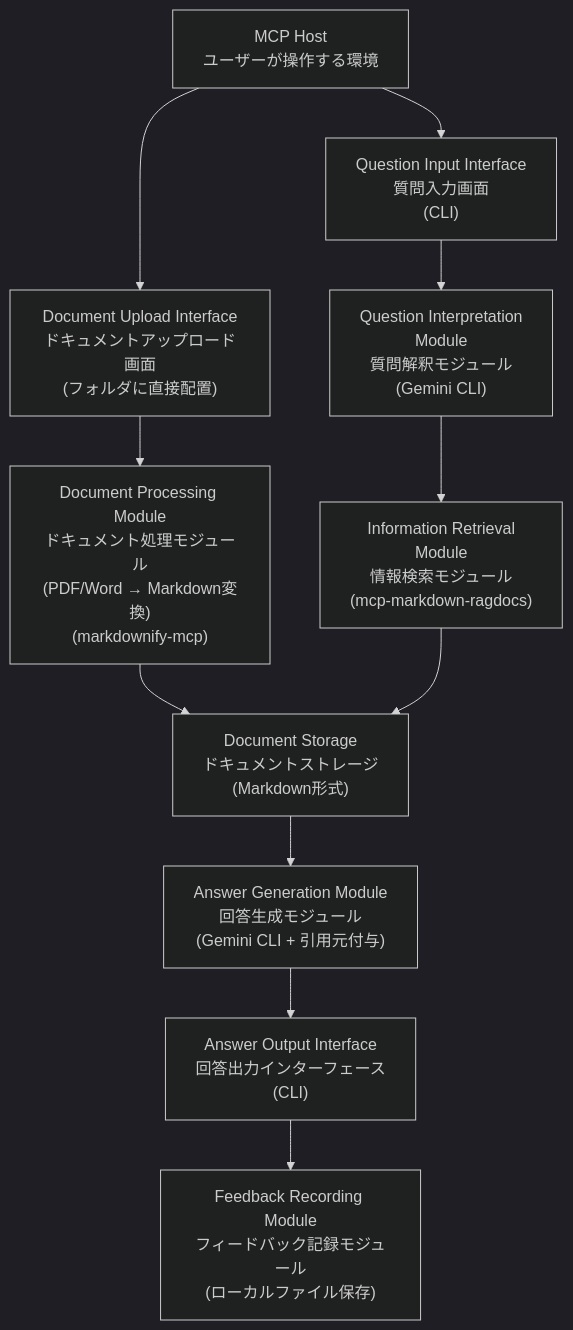
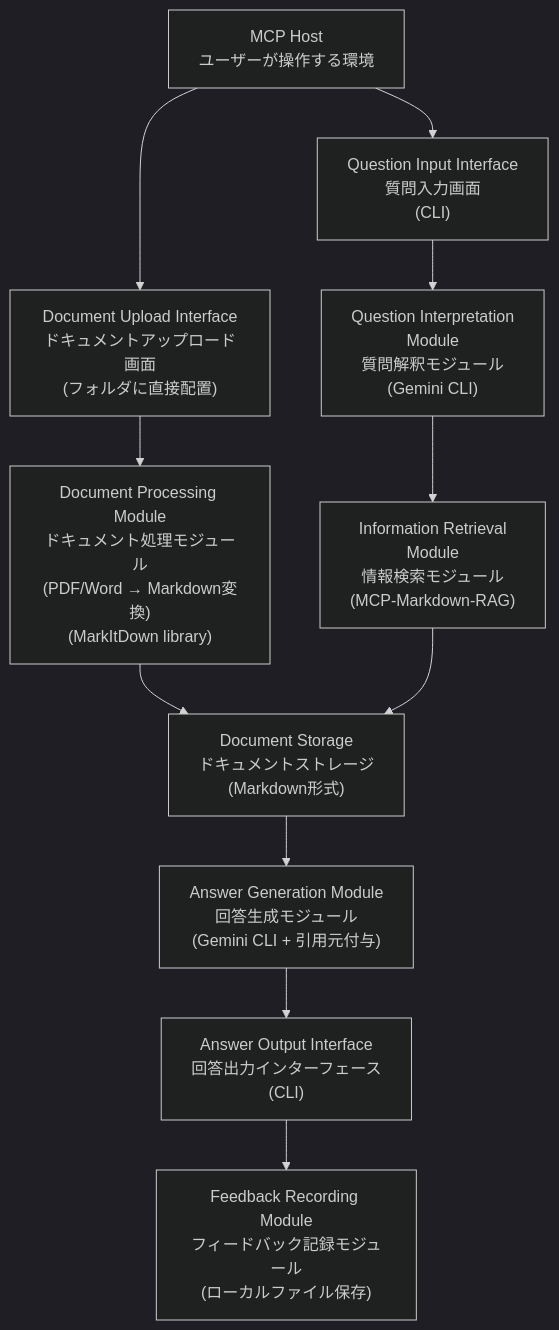
Before and after one commit to YHTR0257/lakda: the first of 2 diagrams in docs/project_design.md, drawn with Mermaid (dark theme). The commit also changed other lines of this file and 3 other files, not shown here.

````diff
--- a/docs/project_design.md
+++ b/docs/project_design.md
@@ -136,13 +150,13 @@
 ```mermaid
 graph TD;
   A["MCP Host<br/>ユーザーが操作する環境"] --> B["Question Input Interface<br/>質問入力画面<br/>(CLI)"];
   A --> I["Document Upload Interface<br/>ドキュメントアップロード画面<br/>(フォルダに直接配置)"];
-  I --> J["Document Processing Module<br/>ドキュメント処理モジュール<br/>(PDF/Word → Markdown変換)<br/>(markdownify-mcp)"];
+  I --> J["Document Processing Module<br/>ドキュメント処理モジュール<br/>(PDF/Word → Markdown変換)<br/>(MarkItDown library)"];
   J --> E["Document Storage<br/>ドキュメントストレージ<br/>(Markdown形式)"];
   B --> C["Question Interpretation<br/>Module<br/>質問解釈モジュール<br/>(Gemini CLI)"];
-  C --> D["Information Retrieval<br/>Module<br/>情報検索モジュール<br/>(mcp-markdown-ragdocs)"];
+  C --> D["Information Retrieval<br/>Module<br/>情報検索モジュール<br/>(MCP-Markdown-RAG)"];
   D --> E;
   E --> G["Answer Generation Module<br/>回答生成モジュール<br/>(Gemini CLI + 引用元付与)"];
   G --> H["Answer Output Interface<br/>回答出力インターフェース<br/>(CLI)"];
   H --> K["Feedback Recording Module<br/>フィードバック記録モジュール<br/>(ローカルファイル保存)"];
 ```
````
